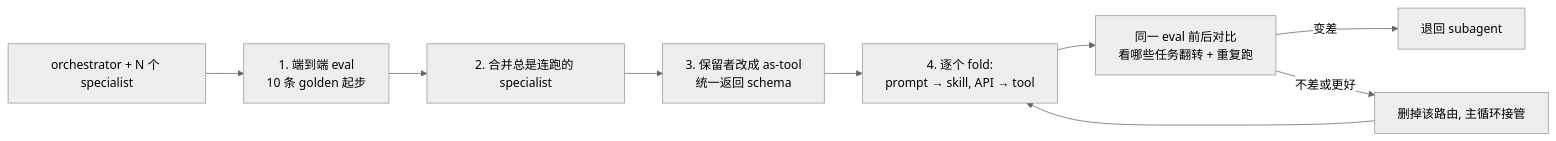
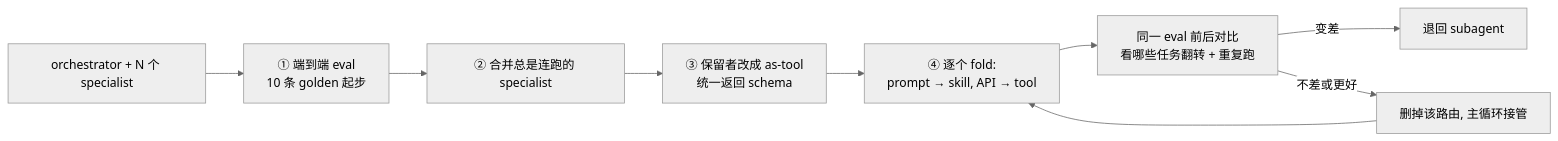
One commit to yanfeng98/paper-reading-notes changed the second of 2 diagrams in notes/blogs/claude-when-to-fold-subagents/note.md. Above: the diagram before and after it, drawn with Mermaid (neutral theme). The commit also changed other lines of this file, not shown here.

Commit message:
fix: 修正 Mermaid 标签避免整页渲染失败

````diff
--- a/notes/blogs/claude-when-to-fold-subagents/note.md
+++ b/notes/blogs/claude-when-to-fold-subagents/note.md
@@ -175,11 +175,11 @@
 ```mermaid
 flowchart LR
-    A["orchestrator + N 个 specialist"] --> B["1. 端到端 eval<br/>10 条 golden 起步"]
-    B --> C["2. 合并总是连跑的 specialist"]
-    C --> D["3. 保留者改成 as-tool<br/>统一返回 schema"]
-    D --> E["4. 逐个 fold:<br/>prompt → skill, API → tool"]
+    A["orchestrator + N 个 specialist"] --> B["① 端到端 eval<br/>10 条 golden 起步"]
+    B --> C["② 合并总是连跑的 specialist"]
+    C --> D["③ 保留者改成 as-tool<br/>统一返回 schema"]
+    D --> E["④ 逐个 fold:<br/>prompt → skill, API → tool"]
     E --> F["同一 eval 前后对比<br/>看哪些任务翻转 + 重复跑"]
     F -->|变差| G["退回 subagent"]
     F -->|不差或更好| H["删掉该路由, 主循环接管"]
     H --> E
 ```
````
